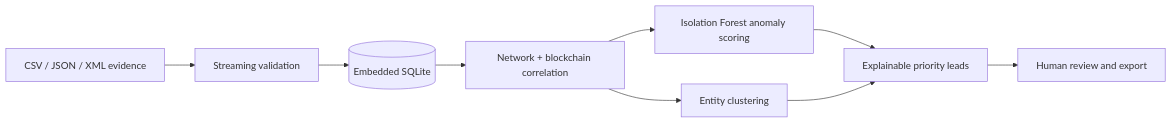
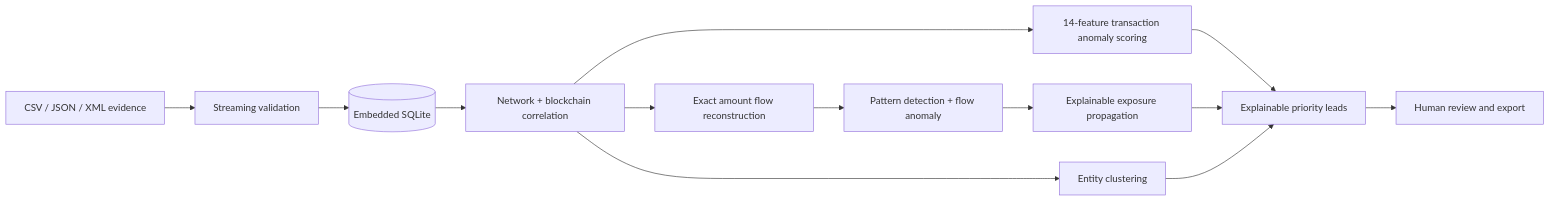
One commit to calebjubal/crypto-forensics changed the diagram in README.md. Above: the diagram before and after it, drawn with Mermaid. The commit also changed other lines of this file and 15 other files, not shown here.

Commit message:
feat: add graph-aware flow and risk analysis

````diff
--- a/README.md
+++ b/README.md
@@ -92,11 +94,15 @@
 ```mermaid
 flowchart LR
     A[CSV / JSON / XML evidence] --> B[Streaming validation]
     B --> C[(Embedded SQLite)]
     C --> D[Network + blockchain correlation]
-    D --> E[Isolation Forest anomaly scoring]
-    D --> F[Entity clustering]
-    E --> G[Explainable priority leads]
-    F --> G
-    G --> H[Human review and export]
+    D --> E[14-feature transaction anomaly scoring]
+    D --> F[Exact amount flow reconstruction]
+    D --> G[Entity clustering]
+    F --> H[Pattern detection + flow anomaly]
+    H --> I[Explainable exposure propagation]
+    E --> J[Explainable priority leads]
+    I --> J
+    G --> J
+    J --> K[Human review and export]
 ```
````
